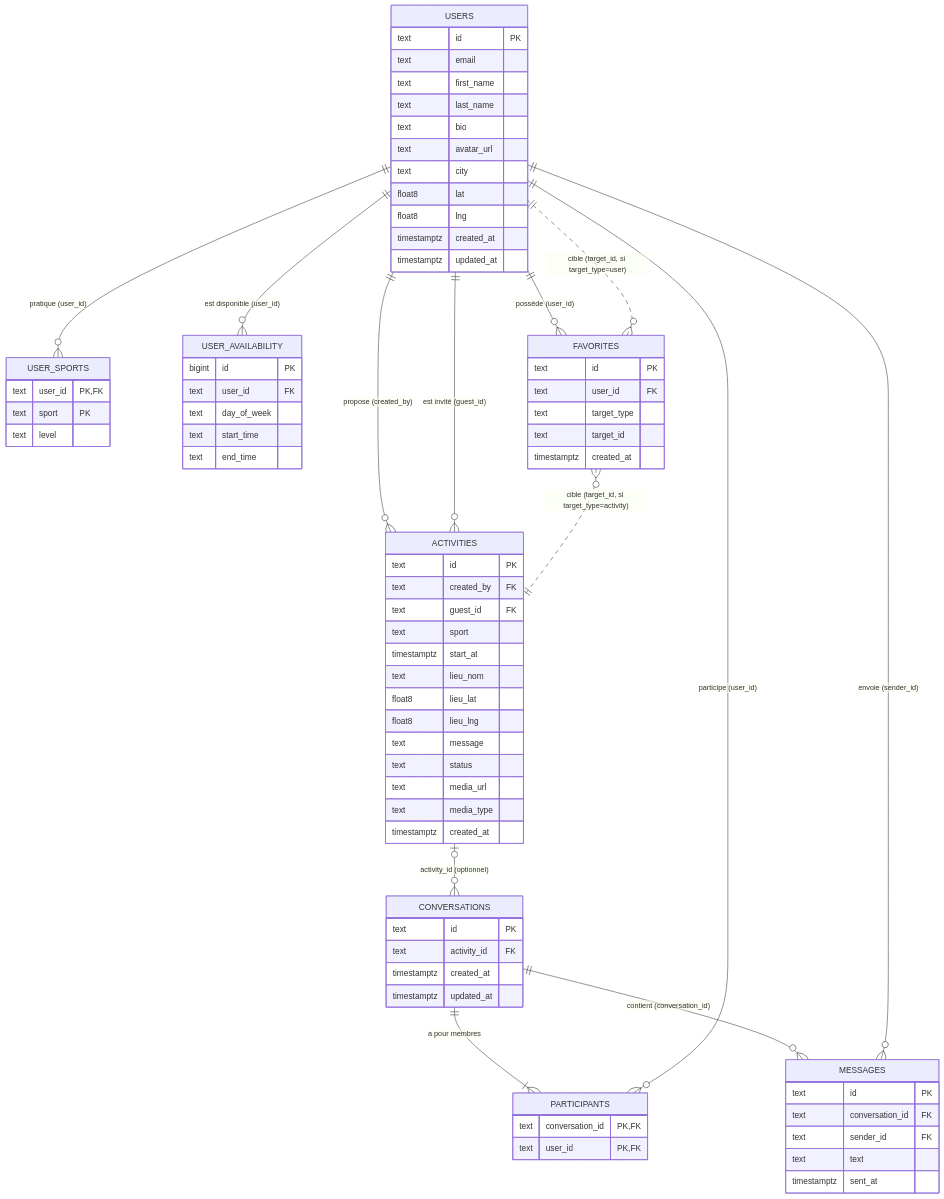
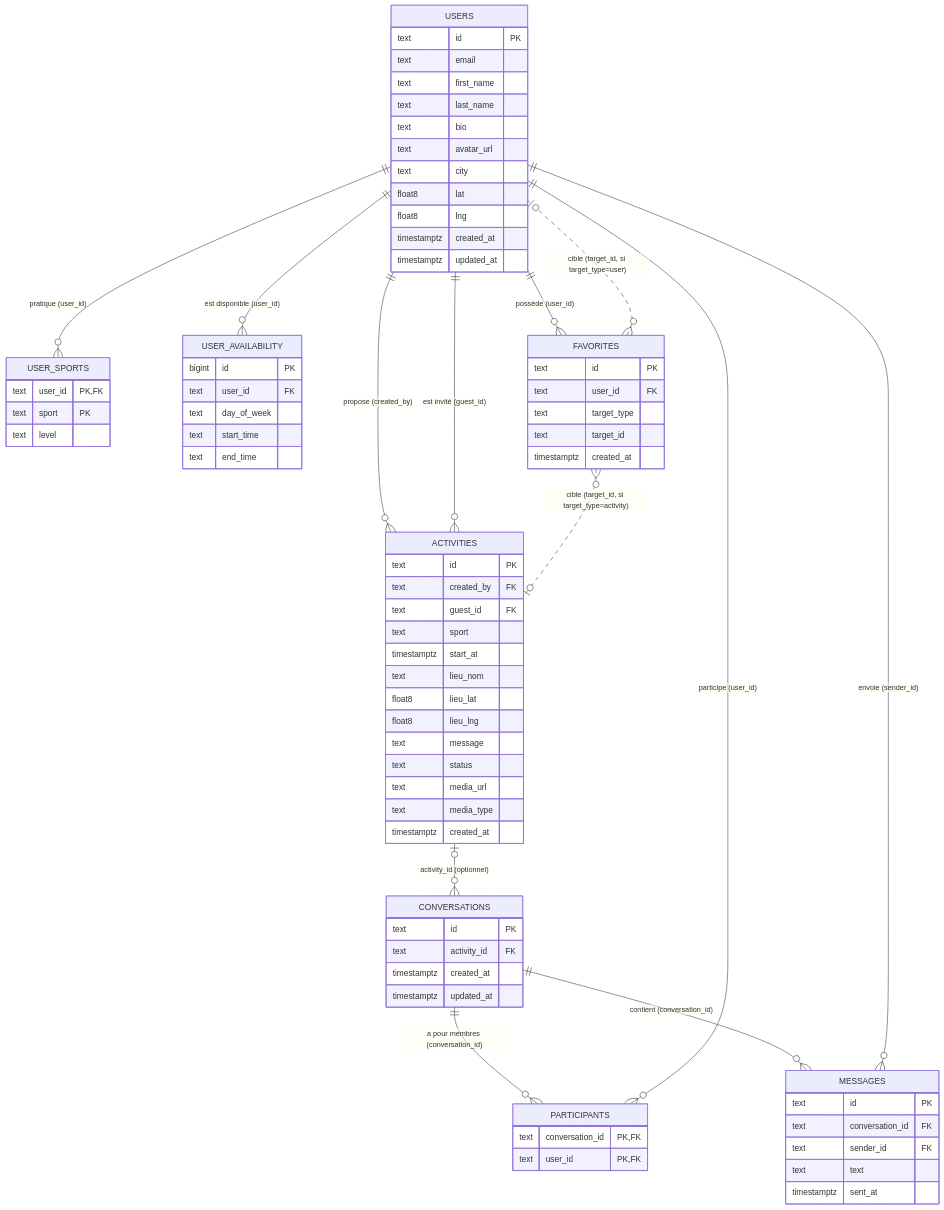
One commit to SiamakSm/BinoFit changed the diagram in docs/data-model.md. Above: the diagram before and after it, drawn with Mermaid. The commit also changed other lines of this file and 8 other files, not shown here.

First line of the commit message:
docs: alléger le README, ajouter guide technique, diagramme UML et openapi.yml

```diff
--- a/docs/data-model.md
+++ b/docs/data-model.md
@@ -11,13 +15,13 @@
     USERS ||--o{ ACTIVITIES : "propose (created_by)"
     USERS ||--o{ ACTIVITIES : "est invité (guest_id)"
     ACTIVITIES |o--o{ CONVERSATIONS : "activity_id (optionnel)"
-    CONVERSATIONS ||--|{ PARTICIPANTS : "a pour membres"
+    CONVERSATIONS ||--o{ PARTICIPANTS : "a pour membres (conversation_id)"
     USERS ||--o{ PARTICIPANTS : "participe (user_id)"
     CONVERSATIONS ||--o{ MESSAGES : "contient (conversation_id)"
     USERS ||--o{ MESSAGES : "envoie (sender_id)"
     USERS ||--o{ FAVORITES : "possède (user_id)"
-    FAVORITES }o..|| USERS : "cible (target_id, si target_type=user)"
-    FAVORITES }o..|| ACTIVITIES : "cible (target_id, si target_type=activity)"
+    FAVORITES }o..o| USERS : "cible (target_id, si target_type=user)"
+    FAVORITES }o..o| ACTIVITIES : "cible (target_id, si target_type=activity)"
 
     USERS {
         text id PK
```
